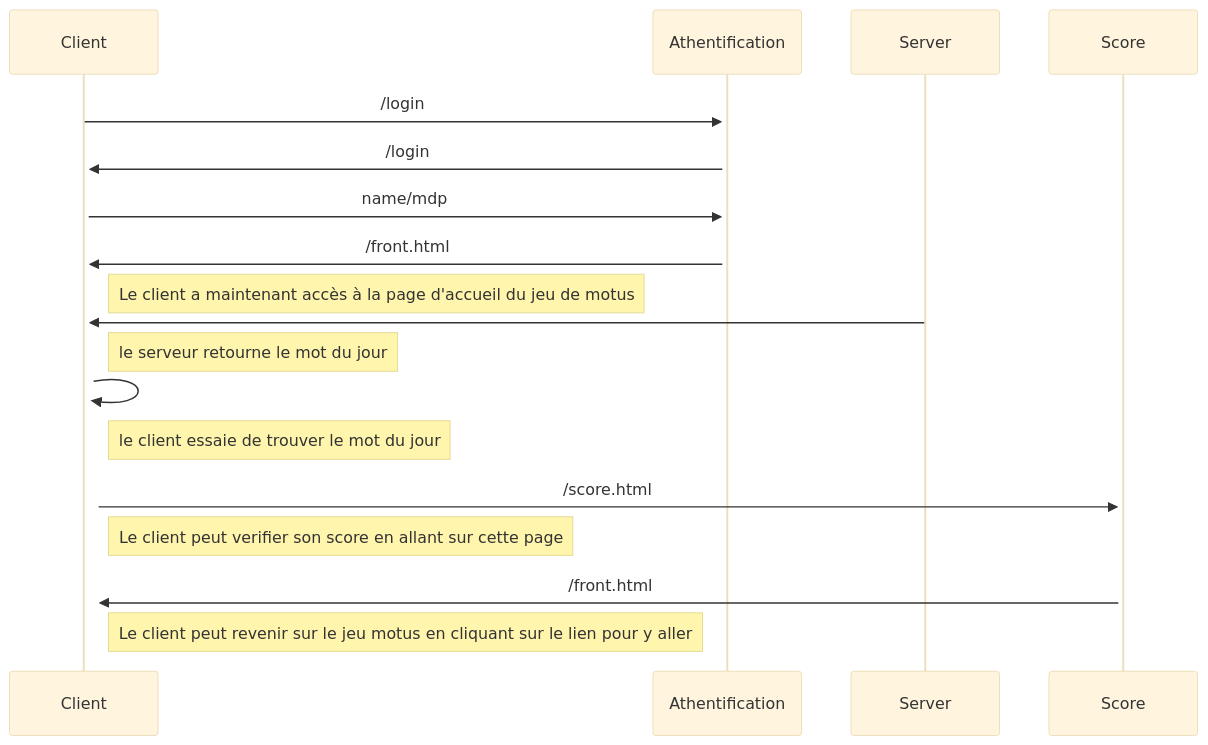
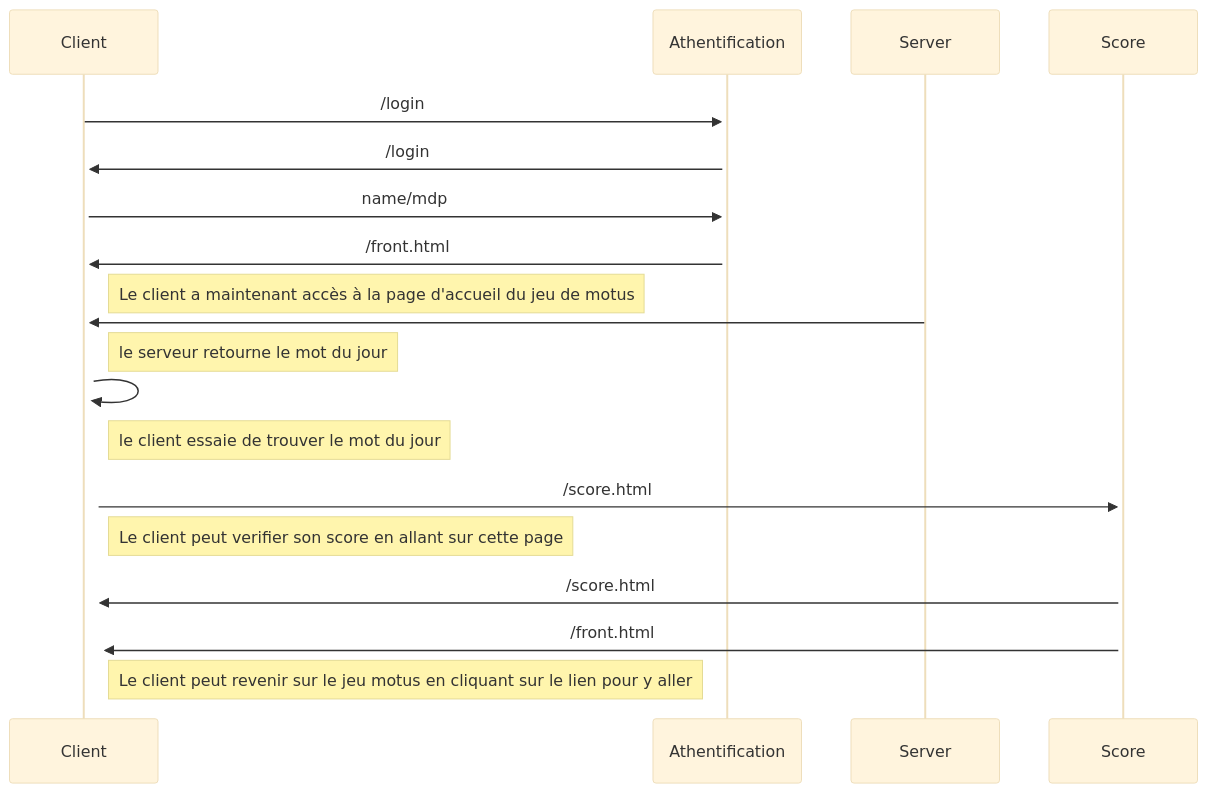
Before and after one commit to RadoDominique/motus: the diagram in README.md, drawn with Mermaid (base theme). The commit also changed other lines of this file, not shown here.

````diff
--- a/README.md
+++ b/README.md
@@ -31,18 +30,18 @@
 ```mermaid
 
 sequenceDiagram
     Client->>+Athentification: /login
     Athentification->>+Client: /login
     Client->>Athentification: name/mdp
     Athentification->>Client:/front.html
     Note right of Client: Le client a maintenant accès à la page d'accueil du jeu de motus
     Server->>+Client : 
     note right of Client : le serveur retourne le mot du jour
     Client->>+Client: 
     note right of Client: le client essaie de trouver le mot du jour
     Client->>+Score: /score.html
     note right of Client: Le client peut verifier son score en allant sur cette page
+    Score->>+Client: /score.html
     Score->>+Client: /front.html
     note right of Client: Le client peut revenir sur le jeu motus en cliquant sur le lien pour y aller
-    
  ```
````
